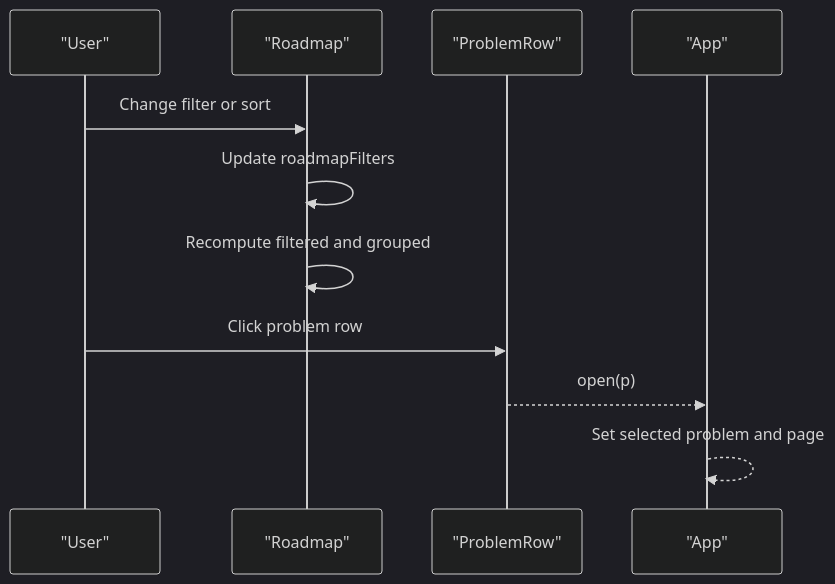
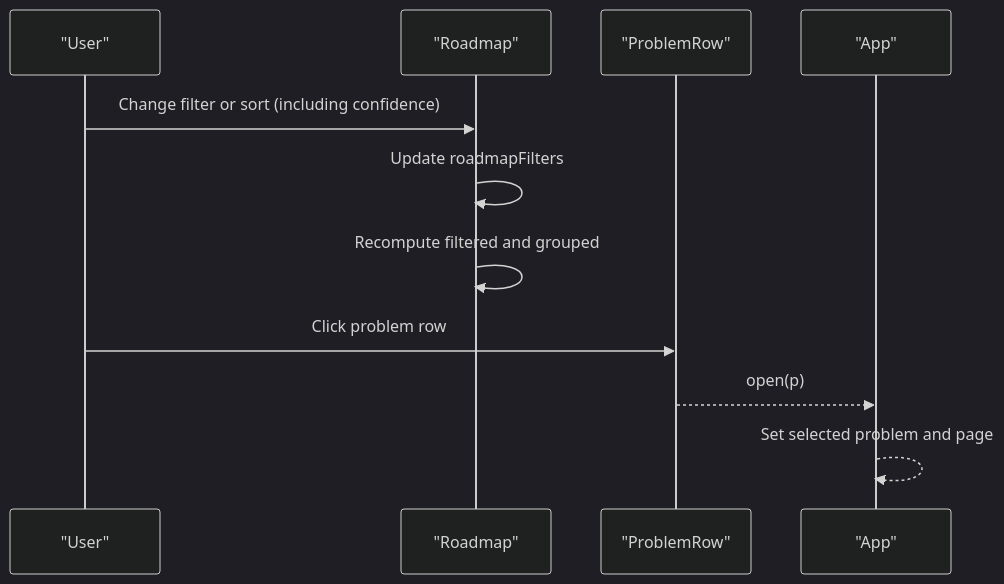
The seventh of 9 diagrams in .qoder/repowiki/en/content/Frontend Application/Roadmap Component.md (iamrituraj/DSA-Tracker), drawn with Mermaid (dark theme) before and after one commit. The commit also changed other lines of this file and 34 other files, not shown here.

````diff
--- a/.qoder/repowiki/en/content/Frontend Application/Roadmap Component.md
+++ b/.qoder/repowiki/en/content/Frontend Application/Roadmap Component.md
@@ -208,13 +249,13 @@
 ```mermaid
 sequenceDiagram
 participant U as "User"
 participant RM as "Roadmap"
 participant PR as "ProblemRow"
 participant App as "App"
-U->>RM : Change filter or sort
+U->>RM : Change filter or sort (including confidence)
 RM->>RM : Update roadmapFilters
 RM->>RM : Recompute filtered and grouped
 U->>PR : Click problem row
 PR-->>App : open(p)
 App-->>App : Set selected problem and page
 ```
````
